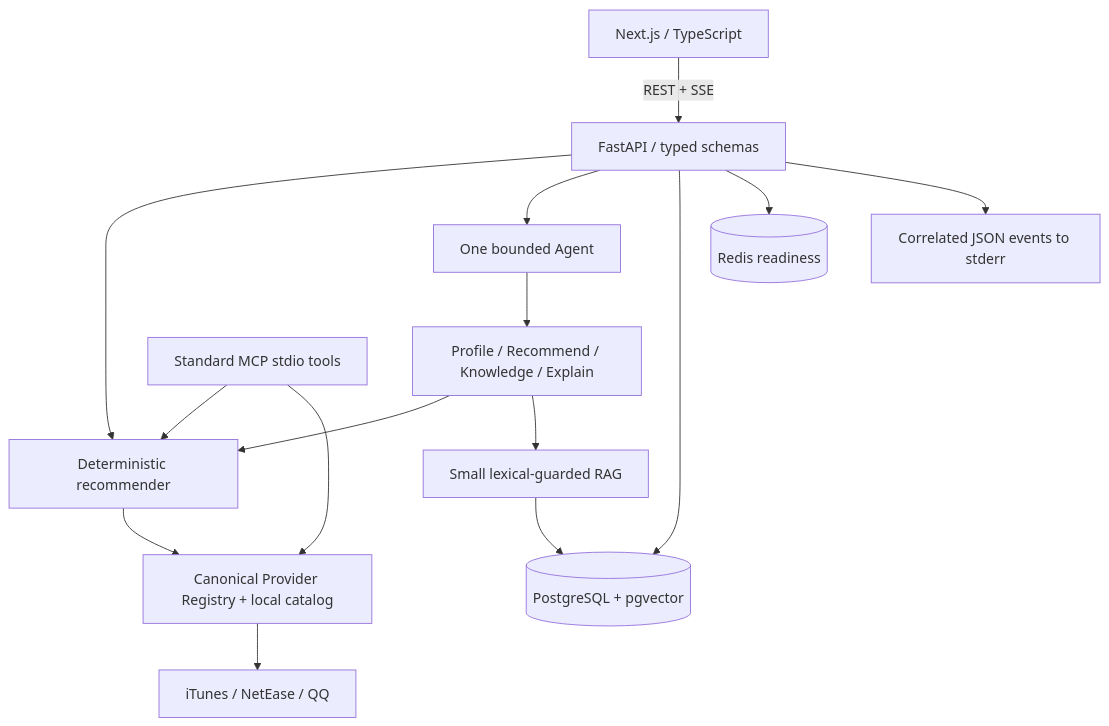
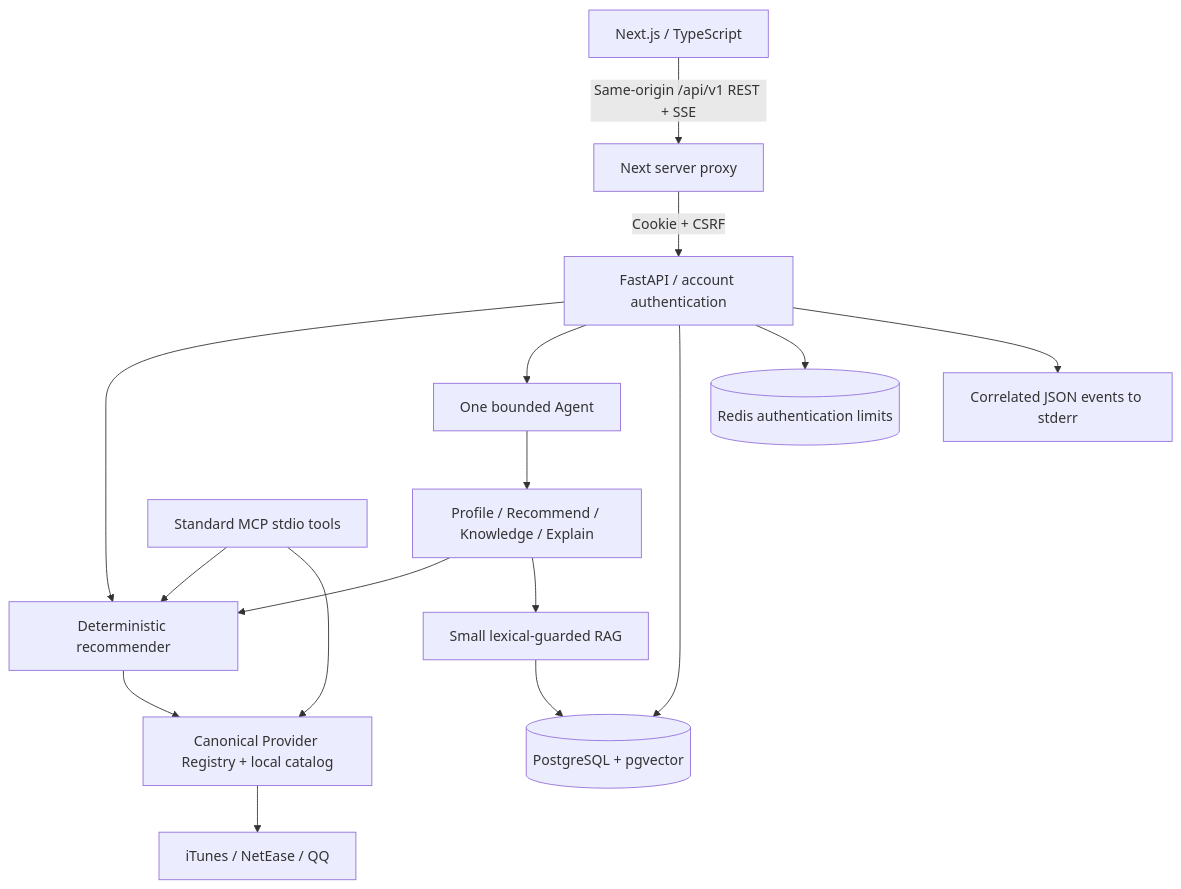
Before and after one commit to jiangking22/music_recommendation_system: the diagram in README.md, drawn with Mermaid. The commit also changed other lines of this file and 31 other files, not shown here.

````diff
--- a/README.md
+++ b/README.md
@@ -50,17 +50,18 @@
 ```mermaid
 flowchart TB
-  Web[Next.js / TypeScript] -->|REST + SSE| API[FastAPI / typed schemas]
+  Web[Next.js / TypeScript] -->|Same-origin /api/v1 REST + SSE| Proxy[Next server proxy]
+  Proxy -->|Cookie + CSRF| API[FastAPI / account authentication]
   API --> Rec[Deterministic recommender]
   API --> Agent[One bounded Agent]
   Agent --> Tools[Profile / Recommend / Knowledge / Explain]
   Tools --> Rec
   Tools --> RAG[Small lexical-guarded RAG]
   Rec --> Registry[Canonical Provider Registry + local catalog]
   Registry --> Sources[iTunes / NetEase / QQ]
   API --> PG[(PostgreSQL + pgvector)]
   RAG --> PG
-  API --> Redis[(Redis readiness)]
+  API --> Redis[(Redis authentication limits)]
   MCP[Standard MCP stdio tools] --> Rec
   MCP --> Registry
   API --> Logs[Correlated JSON events to stderr]
 ```
````
